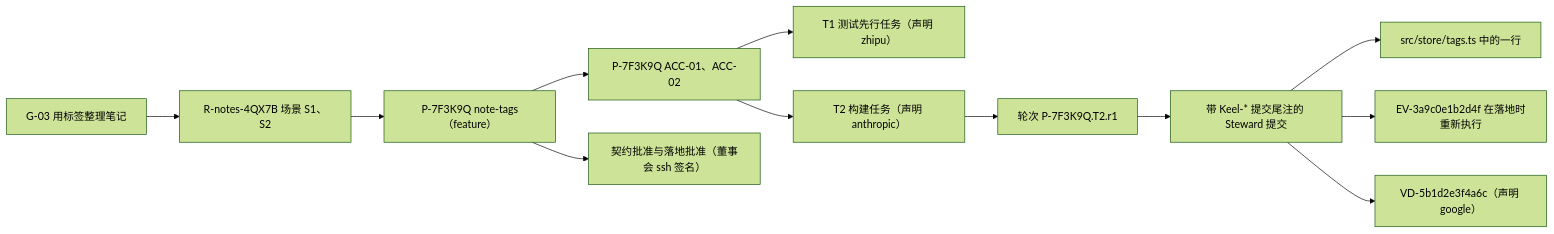
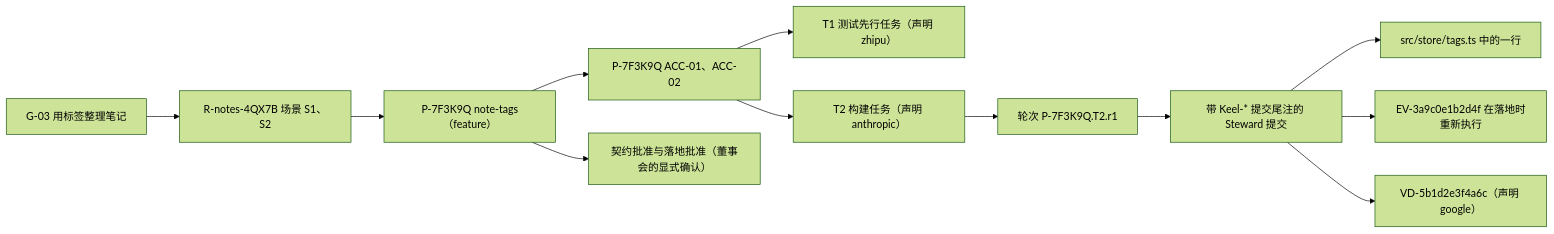
Before and after one commit to Qither/keel: the diagram in docs/00-vision.zh-CN.md, drawn with Mermaid (forest theme). The commit also changed other lines of this file and 130 other files, not shown here.

````diff
--- a/docs/00-vision.zh-CN.md
+++ b/docs/00-vision.zh-CN.md
@@ -443,14 +444,14 @@
 ```mermaid
 flowchart LR
   G["G-03 用标签整理笔记"] --> R["R-notes-4QX7B 场景 S1、S2"]
   R --> P["P-7F3K9Q note-tags（feature）"]
   P --> ACC["P-7F3K9Q ACC-01、ACC-02"]
   ACC --> T1["T1 测试先行任务（声明 zhipu）"]
   ACC --> T2["T2 构建任务（声明 anthropic）"]
   T2 --> RND["轮次 P-7F3K9Q.T2.r1"]
   RND --> C["带 Keel-* 提交尾注的 Steward 提交"]
   C --> L["src/store/tags.ts 中的一行"]
   C --> EV["EV-3a9c0e1b2d4f 在落地时重新执行"]
   C --> VD["VD-5b1d2e3f4a6c（声明 google）"]
-  P --> AP["契约批准与落地批准（董事会 ssh 签名）"]
+  P --> AP["契约批准与落地批准（董事会的显式确认）"]
 ```
````
